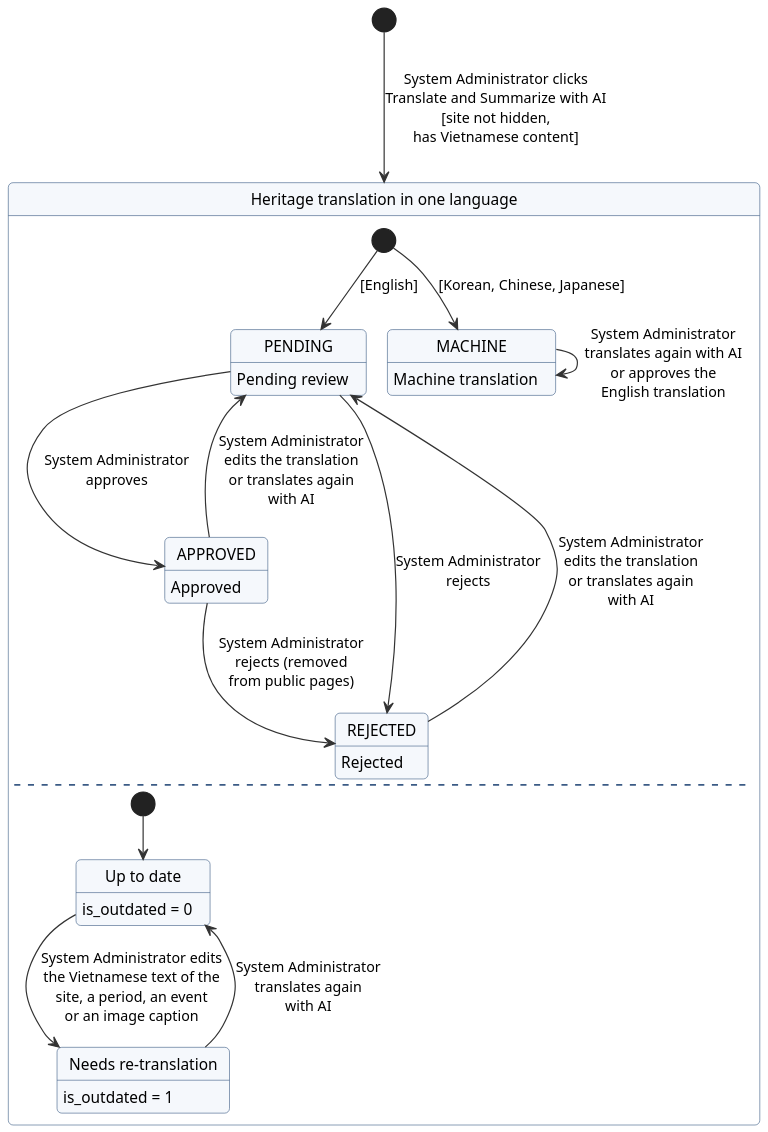
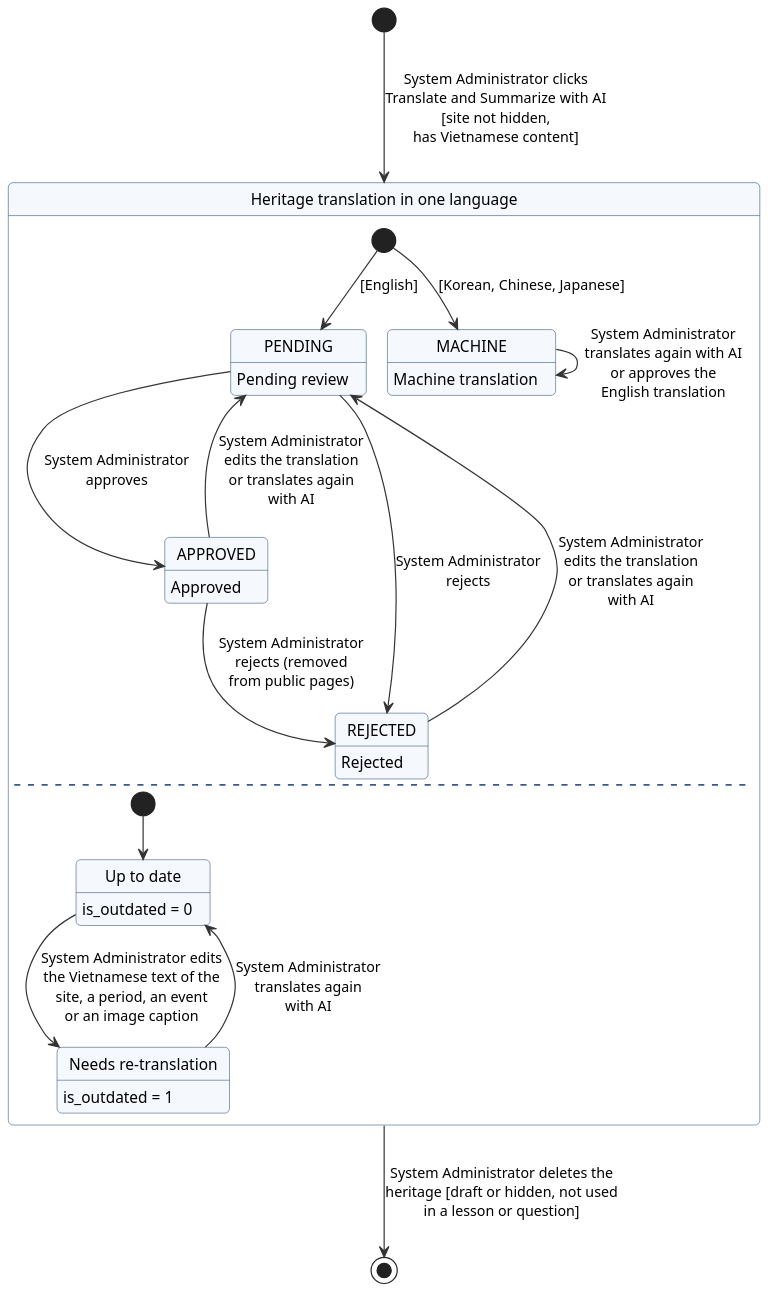
One commit to Nho2708/BE_Cultural_Heritage- changed the diagram in docs/so-do/trang-thai-ban-dich-di-san.puml. Above: the diagram before and after it, drawn with PlantUML. The commit also changed 23 other files, not shown here.

First line of the commit message:
Update design diagrams and database overview to the current behavior (#50)

```diff
--- a/docs/so-do/trang-thai-ban-dich-di-san.puml
+++ b/docs/so-do/trang-thai-ban-dich-di-san.puml
@@ -1,48 +1,49 @@
 @startuml
 skinparam defaultFontName Arial
 skinparam defaultFontSize 13
 skinparam dpi 150
 skinparam shadowing false
 skinparam roundCorner 8
 skinparam ArrowColor #333333
 skinparam ArrowFontSize 12
 skinparam ActivityBackgroundColor #F5F8FC
 skinparam ActivityBorderColor #3B5B85
 skinparam ActivityDiamondBackgroundColor #FFF6E5
 skinparam ActivityDiamondBorderColor #B7791F
 skinparam SwimlaneTitleFontStyle bold
 skinparam StateBackgroundColor #F5F8FC
 skinparam StateBorderColor #3B5B85
 skinparam ComponentBackgroundColor #F5F8FC
 skinparam ComponentBorderColor #3B5B85
 skinparam NodeBackgroundColor #FFFFFF
 skinparam NodeBorderColor #555555
 skinparam DatabaseBackgroundColor #F5F8FC
 skinparam CloudBackgroundColor #FFFFFF
 skinparam ClassBackgroundColor #FFFFFF
 skinparam ClassBorderColor #3B5B85
 skinparam ClassHeaderBackgroundColor #E8EEF6
 skinparam PackageBorderColor #8A9BB3
 hide empty description
 state "Heritage translation in one language" as TRANSLATION_ROW {
   state PENDING : Pending review
   state APPROVED : Approved
   state REJECTED : Rejected
   state MACHINE : Machine translation
   [*] --> PENDING : [English]
   [*] --> MACHINE : [Korean, Chinese, Japanese]
   PENDING --> APPROVED : System Administrator\napproves
   PENDING --> REJECTED : System Administrator\nrejects
   APPROVED --> REJECTED : System Administrator\nrejects (removed\nfrom public pages)
   APPROVED --> PENDING : System Administrator\nedits the translation\nor translates again\nwith AI
   REJECTED --> PENDING : System Administrator\nedits the translation\nor translates again\nwith AI
   MACHINE --> MACHINE : System Administrator\ntranslates again with AI\nor approves the\nEnglish translation
   --
   state "Up to date" as CURRENT : is_outdated = 0
   state "Needs re-translation" as OUTDATED : is_outdated = 1
   [*] --> CURRENT
   CURRENT --> OUTDATED : System Administrator edits\nthe Vietnamese text of the\nsite, a period, an event\nor an image caption
   OUTDATED --> CURRENT : System Administrator\ntranslates again\nwith AI
 }
+TRANSLATION_ROW --> [*] : System Administrator deletes the\nheritage [draft or hidden, not used\nin a lesson or question]
 [*] --> TRANSLATION_ROW : System Administrator clicks\nTranslate and Summarize with AI\n[site not hidden,\nhas Vietnamese content]
 @enduml
```
